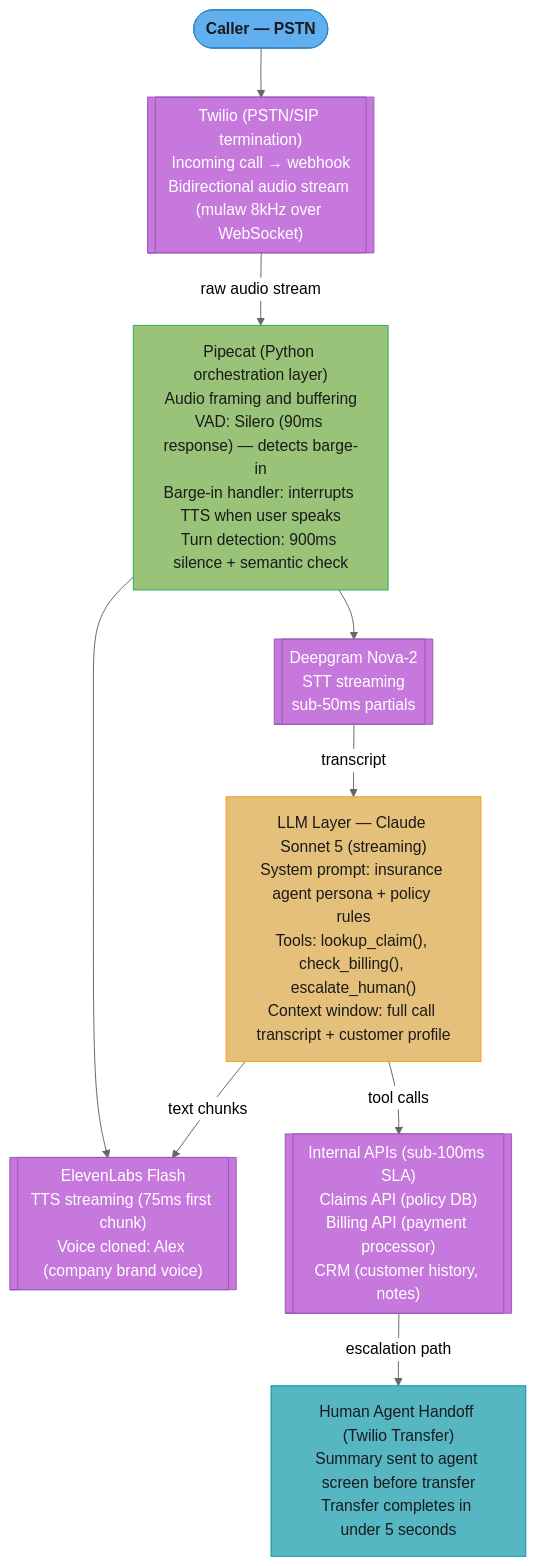
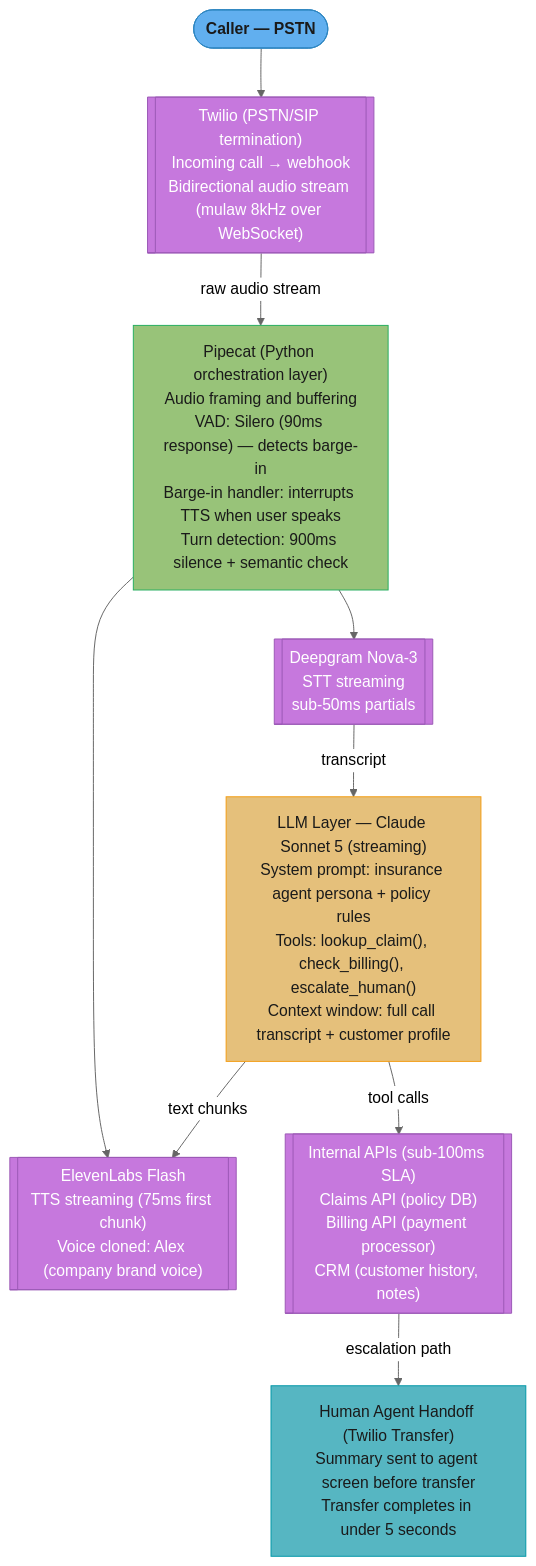
The third of 3 diagrams in src/main/java/com/rutik/systemdesign/llm/voice_agents/voice_agents.md (rppol/system-design), drawn with Mermaid (neutral theme) before and after one commit. The commit also changed other lines of this file and 655 other files, not shown here.

````diff
--- a/src/main/java/com/rutik/systemdesign/llm/voice_agents/voice_agents.md
+++ b/src/main/java/com/rutik/systemdesign/llm/voice_agents/voice_agents.md
@@ -520,25 +543,25 @@
 ```mermaid
 flowchart TD
     classDef io      fill:#61afef,stroke:#2e86c1,color:#1a1a1a,font-weight:bold
     classDef frozen  fill:#c678dd,stroke:#9b59b6,color:#fff
     classDef train   fill:#98c379,stroke:#27ae60,color:#1a1a1a
     classDef mathOp  fill:#d19a66,stroke:#e67e22,color:#1a1a1a,font-weight:bold
     classDef lossN   fill:#e06c75,stroke:#c0392b,color:#fff,font-weight:bold
     classDef req     fill:#56b6c2,stroke:#0097a7,color:#1a1a1a
     classDef base    fill:#e5c07b,stroke:#f39c12,color:#1a1a1a
 
     CALLER([Caller — PSTN]) --> TWILIO[["Twilio (PSTN/SIP termination)\nIncoming call → webhook\nBidirectional audio stream (mulaw 8kHz over WebSocket)"]]
     TWILIO -->|"raw audio stream"| PIPECAT["Pipecat (Python orchestration layer)\nAudio framing and buffering\nVAD: Silero (90ms response) — detects barge-in\nBarge-in handler: interrupts TTS when user speaks\nTurn detection: 900ms silence + semantic check"]
-    PIPECAT --> STT[["Deepgram Nova-2\nSTT streaming\nsub-50ms partials"]]
+    PIPECAT --> STT[["Deepgram Nova-3\nSTT streaming\nsub-50ms partials"]]
     PIPECAT --> TTS[["ElevenLabs Flash\nTTS streaming (75ms first chunk)\nVoice cloned: Alex (company brand voice)"]]
     STT -->|"transcript"| LLM["LLM Layer — Claude Sonnet 5 (streaming)\nSystem prompt: insurance agent persona + policy rules\nTools: lookup_claim(), check_billing(), escalate_human()\nContext window: full call transcript + customer profile"]
     LLM -->|"text chunks"| TTS
     LLM -->|"tool calls"| APIS[["Internal APIs (sub-100ms SLA)\nClaims API (policy DB)\nBilling API (payment processor)\nCRM (customer history, notes)"]]
     APIS -->|"escalation path"| HUMAN["Human Agent Handoff (Twilio Transfer)\nSummary sent to agent screen before transfer\nTransfer completes in under 5 seconds"]
 
     class CALLER io
     class TWILIO,STT,TTS,APIS frozen
     class PIPECAT train
     class LLM base
     class HUMAN req
 ```
````
